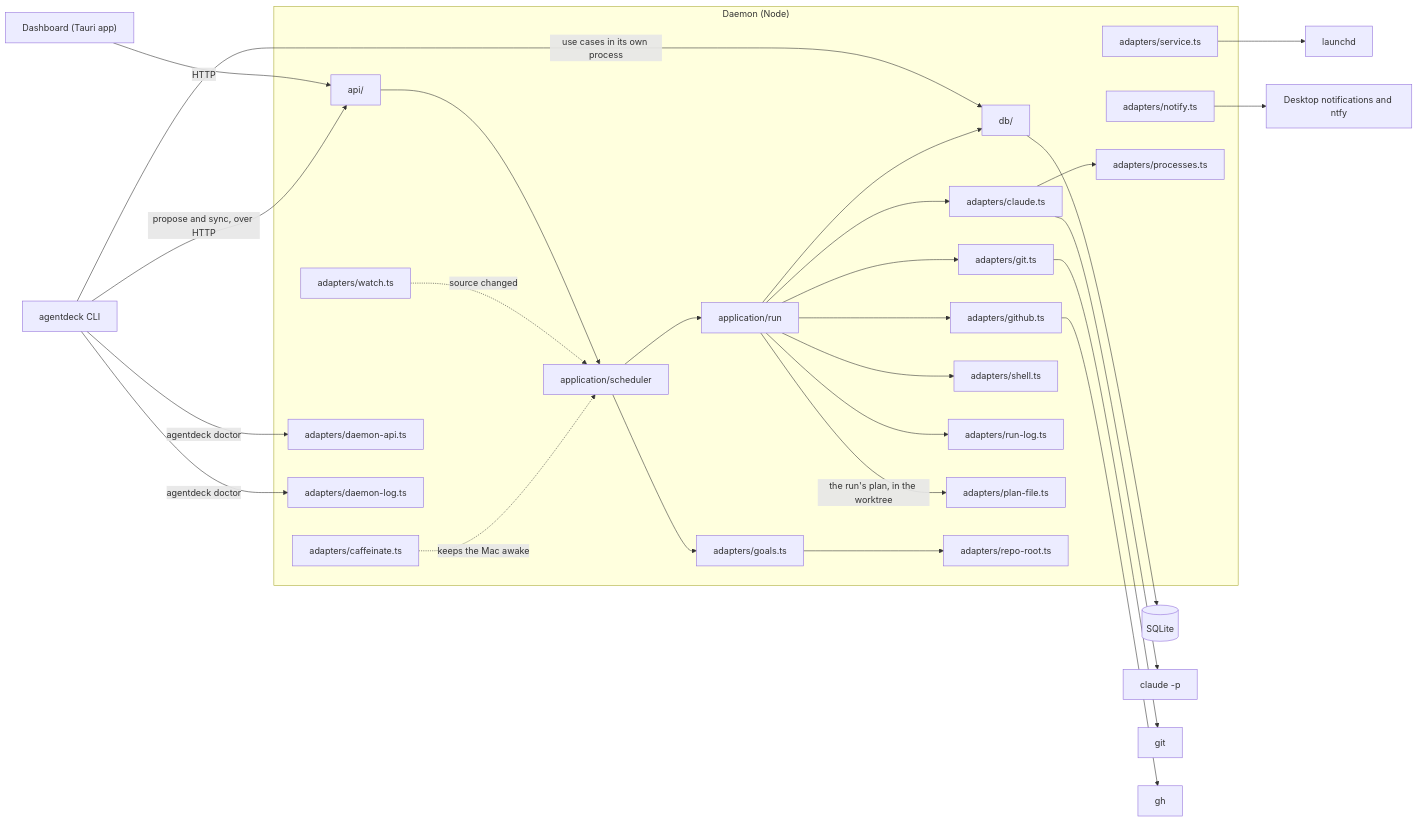
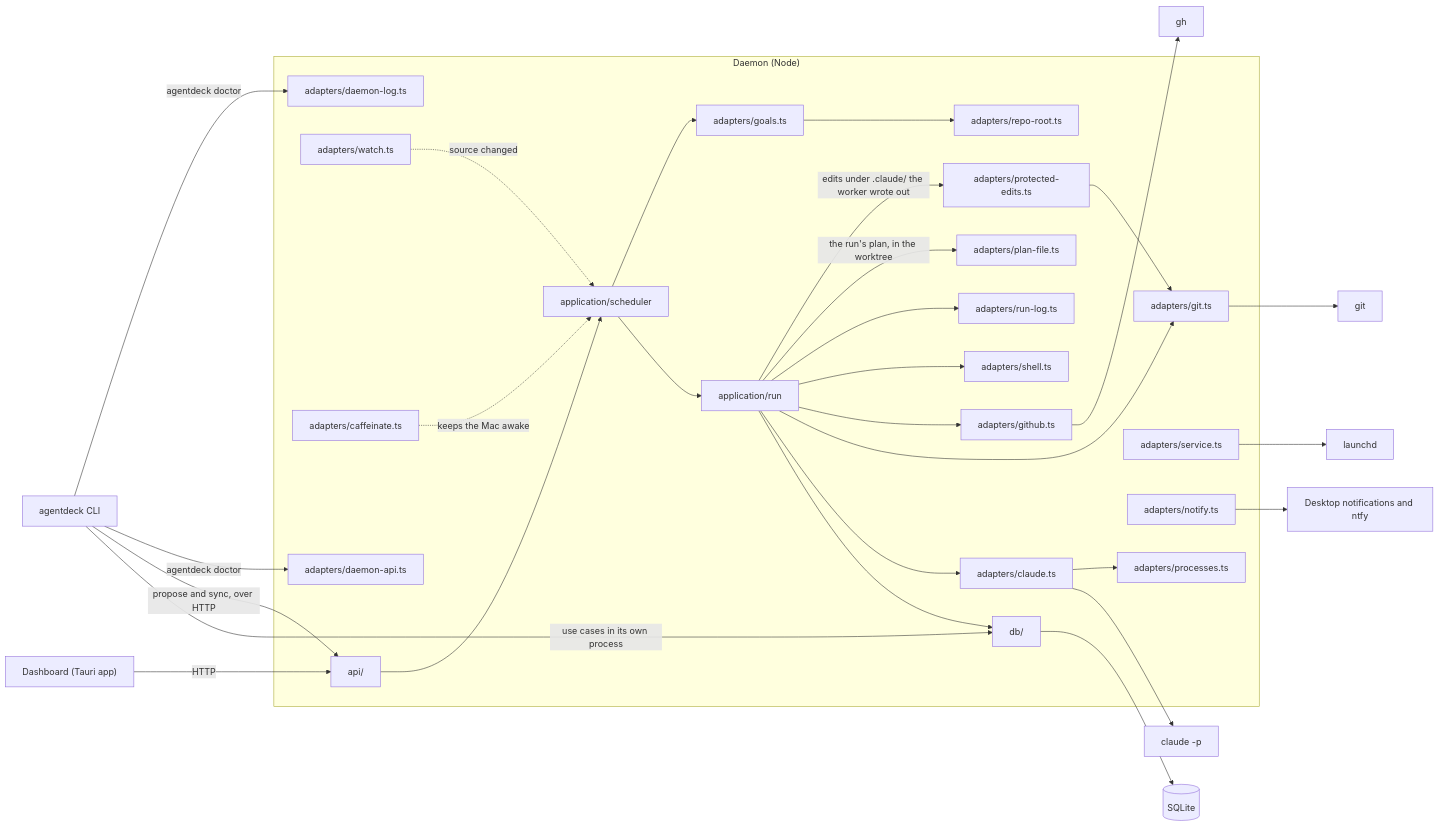
The first of 5 diagrams in docs/architecture.md (tomrobdev/agentdeck), drawn with Mermaid before and after one commit. The commit also changed 13 other files, not shown here.

First line of the commit message:
The daemon applies protected edits; a reported block no longer pauses the repo

````diff
--- a/docs/architecture.md
+++ b/docs/architecture.md
@@ -7,54 +7,56 @@
 ```mermaid
 flowchart LR
   dashboard["Dashboard (Tauri app)"]
   cli["agentdeck CLI"]
   subgraph daemon["Daemon (Node)"]
     api["api/"]
     scheduler["application/scheduler"]
     worker["application/run"]
     db["db/"]
     claude["adapters/claude.ts"]
     git["adapters/git.ts"]
     github["adapters/github.ts"]
     service["adapters/service.ts"]
     notify["adapters/notify.ts"]
     processes["adapters/processes.ts"]
     shell["adapters/shell.ts"]
     runlog["adapters/run-log.ts"]
     planfile["adapters/plan-file.ts"]
+    protectededits["adapters/protected-edits.ts"]
     goals["adapters/goals.ts"]
     reporoot["adapters/repo-root.ts"]
     watch["adapters/watch.ts"]
     caffeinate["adapters/caffeinate.ts"]
     daemonapi["adapters/daemon-api.ts"]
     daemonlog["adapters/daemon-log.ts"]
   end
   sqlite[("SQLite")]
   claudecli["claude -p"]
   gitbin["git"]
   ghbin["gh"]
   launchd["launchd"]
   notifications["Desktop notifications and ntfy"]
   dashboard -- HTTP --> api
   cli -- "use cases in its own process" --> db
   cli -- "propose and sync, over HTTP" --> api
   api --> scheduler
   scheduler --> worker
   worker --> db
   db --> sqlite
   worker --> claude --> claudecli
   worker --> git --> gitbin
   worker --> github --> ghbin
   worker --> shell
   claude --> processes
   worker --> runlog
   worker -- "the run's plan, in the worktree" --> planfile
+  worker -- "edits under .claude/ the worker wrote out" --> protectededits --> git
   scheduler --> goals
   goals --> reporoot
   service --> launchd
   notify --> notifications
   watch -. "source changed" .-> scheduler
   caffeinate -. "keeps the Mac awake" .-> scheduler
   cli -- "agentdeck doctor" --> daemonapi
   cli -- "agentdeck doctor" --> daemonlog
 ```
````
